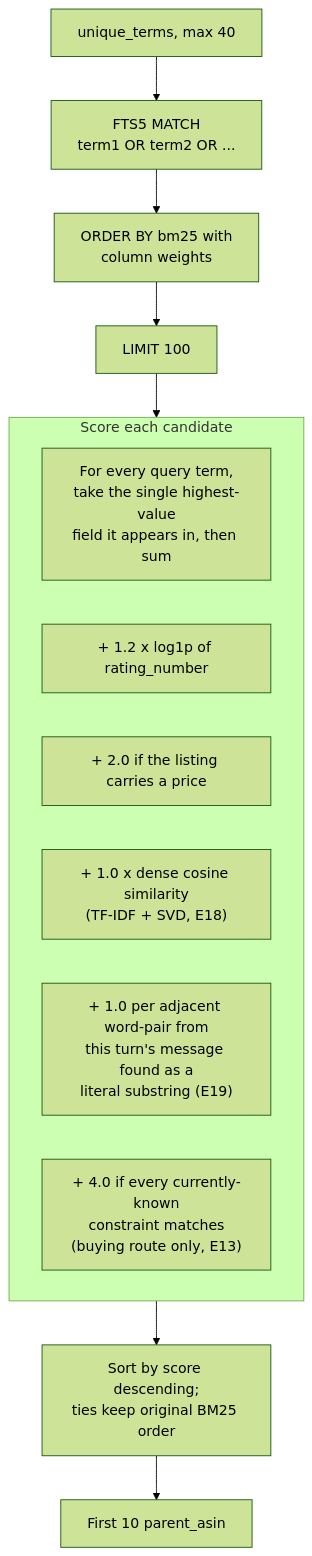
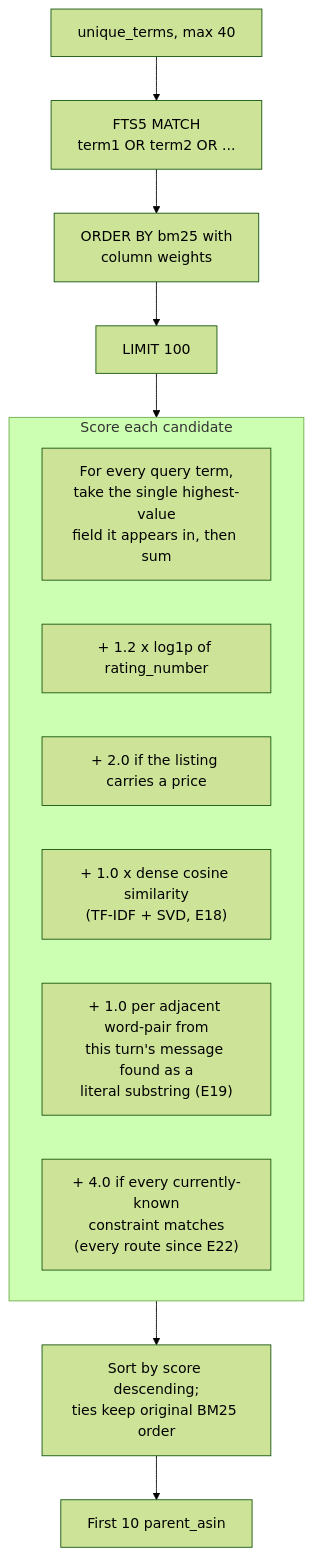
The fourth of 4 diagrams in docs/ARCHITECTURE.md (CHAN1203/TechJam-Conversational-Search), drawn with Mermaid (forest theme) before and after one commit. The commit also changed other lines of this file and 4 other files, not shown here.

````diff
--- a/docs/ARCHITECTURE.md
+++ b/docs/ARCHITECTURE.md
@@ -126,20 +126,20 @@
 ```mermaid
 flowchart TD
     TERMS["unique_terms, max 40"] --> Q["FTS5 MATCH<br/>term1 OR term2 OR ..."]
     Q --> ORDER["ORDER BY bm25 with<br/>column weights"]
     ORDER --> C100["LIMIT 100"]
 
     C100 --> SCORE
 
     subgraph SCORE["Score each candidate"]
         F["For every query term,<br/>take the single highest-value<br/>field it appears in, then sum"]
         P["+ 1.2 x log1p of rating_number"]
         PR["+ 2.0 if the listing carries a price"]
         SEM["+ 1.0 x dense cosine similarity<br/>(TF-IDF + SVD, E18)"]
         PH["+ 1.0 per adjacent word-pair from<br/>this turn's message found as a<br/>literal substring (E19)"]
-        CB["+ 4.0 if every currently-known<br/>constraint matches<br/>(buying route only, E13)"]
+        CB["+ 4.0 if every currently-known<br/>constraint matches<br/>(every route since E22)"]
     end
 
     SCORE --> SORT["Sort by score descending;<br/>ties keep original BM25 order"]
     SORT --> TEN["First 10 parent_asin"]
 ```
````
